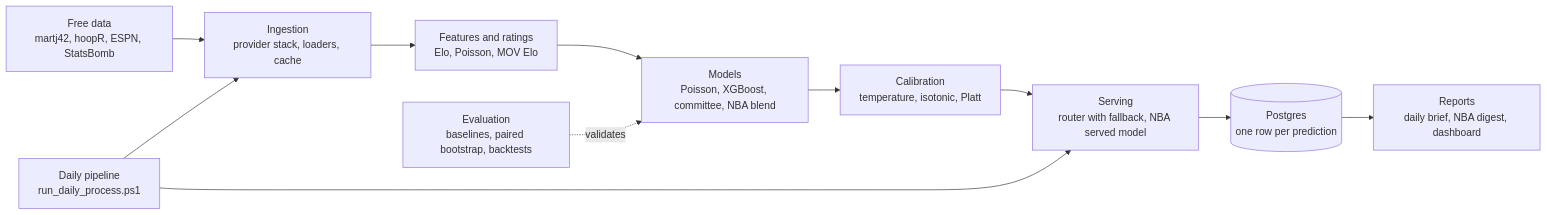
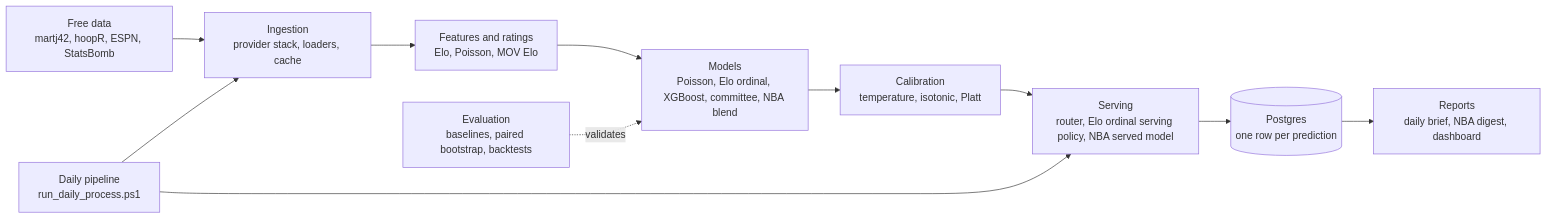
One commit to julianhr-ops/alttez-predictive changed the diagram in README.md. Above: the diagram before and after it, drawn with Mermaid. The commit also changed other lines of this file, not shown here.

Commit message:
docs(readme): refresh soccer results with the held-out Elo ordinal test and served policy

````diff
--- a/README.md
+++ b/README.md
@@ -56,13 +70,13 @@
 ```mermaid
 flowchart LR
     SRC["Free data<br/>martj42, hoopR, ESPN, StatsBomb"] --> ING["Ingestion<br/>provider stack, loaders, cache"]
     ING --> FEAT["Features and ratings<br/>Elo, Poisson, MOV Elo"]
-    FEAT --> MOD["Models<br/>Poisson, XGBoost, committee, NBA blend"]
+    FEAT --> MOD["Models<br/>Poisson, Elo ordinal, XGBoost, committee, NBA blend"]
     MOD --> CAL["Calibration<br/>temperature, isotonic, Platt"]
-    CAL --> SERVE["Serving<br/>router with fallback, NBA served model"]
+    CAL --> SERVE["Serving<br/>router, Elo ordinal serving policy, NBA served model"]
     SERVE --> DB[("Postgres<br/>one row per prediction")]
     DAILY["Daily pipeline<br/>run_daily_process.ps1"] --> ING
     DAILY --> SERVE
     DB --> REP["Reports<br/>daily brief, NBA digest, dashboard"]
     EVAL["Evaluation<br/>baselines, paired bootstrap, backtests"] -. validates .-> MOD
 ```
````
